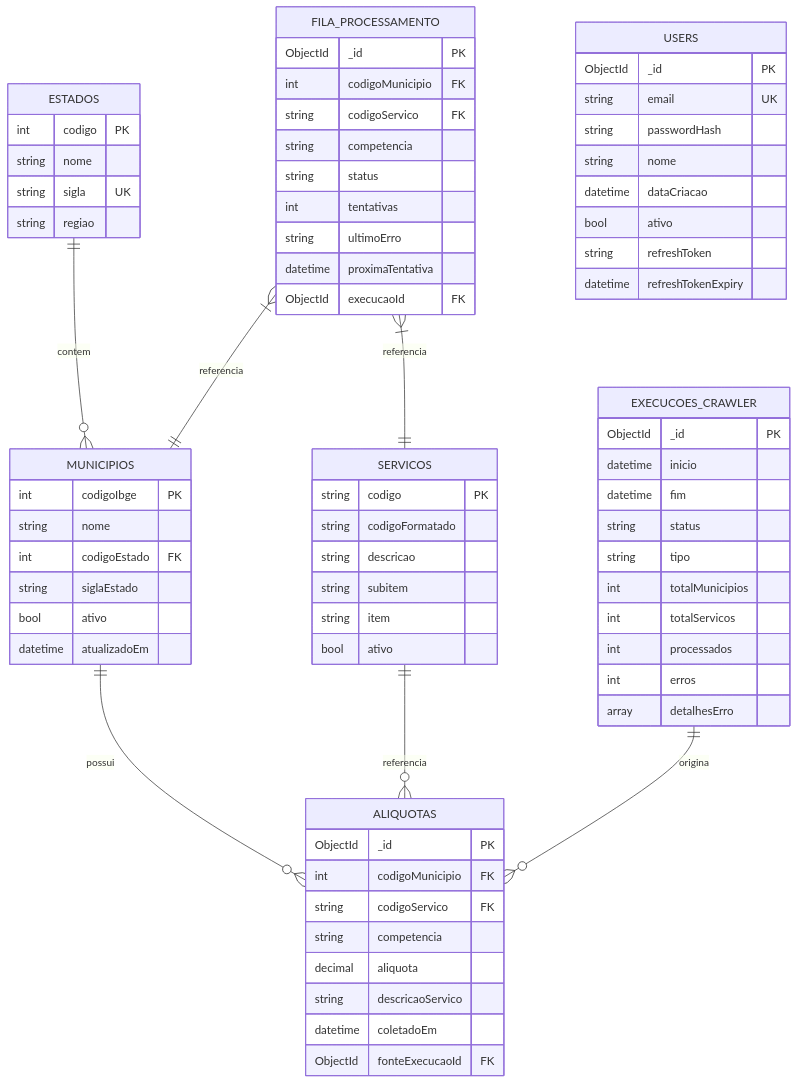
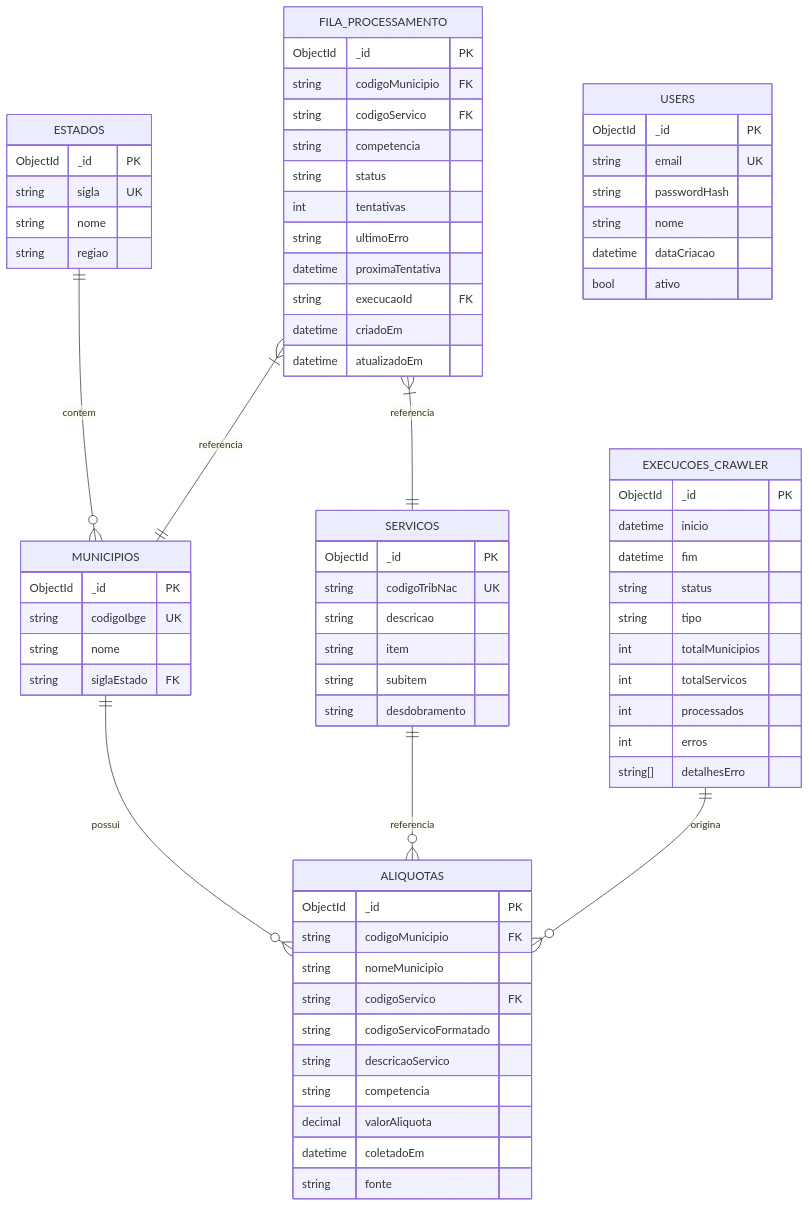
One commit to john182/poc-open-spec changed the third of 8 diagrams in docs/technical-doc.md. Above: the diagram before and after it, drawn with Mermaid. The commit also changed other lines of this file and 217 other files, not shown here.

````diff
--- a/docs/technical-doc.md
+++ b/docs/technical-doc.md
@@ -128,81 +128,81 @@
 ```mermaid
 erDiagram
     ESTADOS ||--o{ MUNICIPIOS : "contem"
     MUNICIPIOS ||--o{ ALIQUOTAS : "possui"
     SERVICOS ||--o{ ALIQUOTAS : "referencia"
     EXECUCOES_CRAWLER ||--o{ ALIQUOTAS : "origina"
     FILA_PROCESSAMENTO }|--|| MUNICIPIOS : "referencia"
     FILA_PROCESSAMENTO }|--|| SERVICOS : "referencia"
 
     ESTADOS {
-        int codigo PK
+        ObjectId _id PK
+        string sigla UK
         string nome
-        string sigla UK
         string regiao
     }
 
     MUNICIPIOS {
-        int codigoIbge PK
+        ObjectId _id PK
+        string codigoIbge UK
         string nome
-        int codigoEstado FK
-        string siglaEstado
-        bool ativo
-        datetime atualizadoEm
+        string siglaEstado FK
     }
 
     SERVICOS {
-        string codigo PK
-        string codigoFormatado
+        ObjectId _id PK
+        string codigoTribNac UK
         string descricao
+        string item
         string subitem
-        string item
-        bool ativo
+        string desdobramento
     }
 
     ALIQUOTAS {
         ObjectId _id PK
-        int codigoMunicipio FK
+        string codigoMunicipio FK
+        string nomeMunicipio
         string codigoServico FK
+        string codigoServicoFormatado
+        string descricaoServico
         string competencia
-        decimal aliquota
-        string descricaoServico
+        decimal valorAliquota
         datetime coletadoEm
-        ObjectId fonteExecucaoId FK
+        string fonte
     }
 
     EXECUCOES_CRAWLER {
         ObjectId _id PK
         datetime inicio
         datetime fim
         string status
         string tipo
         int totalMunicipios
         int totalServicos
         int processados
         int erros
-        array detalhesErro
+        string[] detalhesErro
     }
 
     FILA_PROCESSAMENTO {
         ObjectId _id PK
-        int codigoMunicipio FK
+        string codigoMunicipio FK
         string codigoServico FK
         string competencia
         string status
         int tentativas
         string ultimoErro
         datetime proximaTentativa
-        ObjectId execucaoId FK
+        string execucaoId FK
+        datetime criadoEm
+        datetime atualizadoEm
     }
 
     USERS {
         ObjectId _id PK
         string email UK
         string passwordHash
         string nome
         datetime dataCriacao
         bool ativo
-        string refreshToken
-        datetime refreshTokenExpiry
     }
 ```
````
